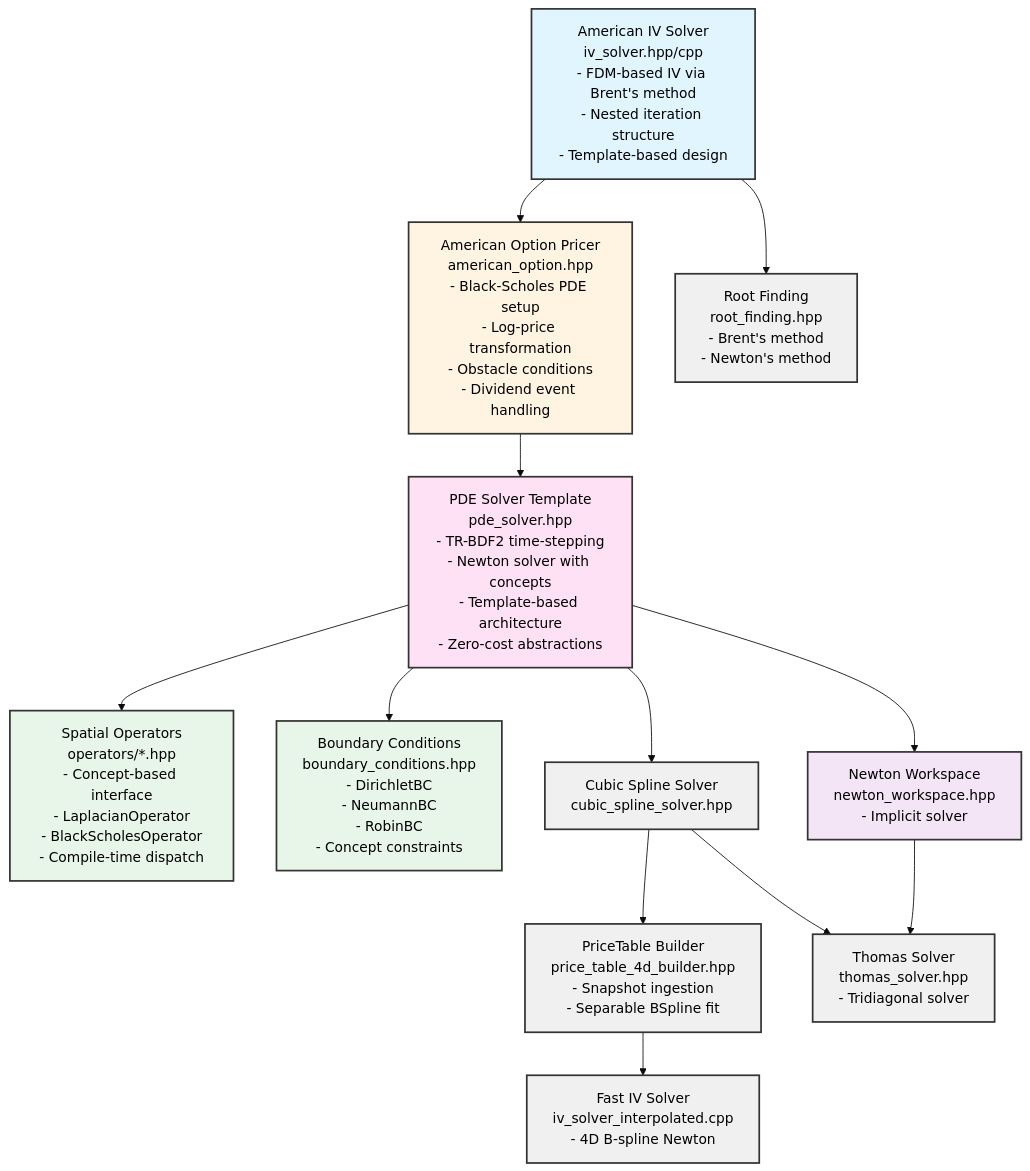
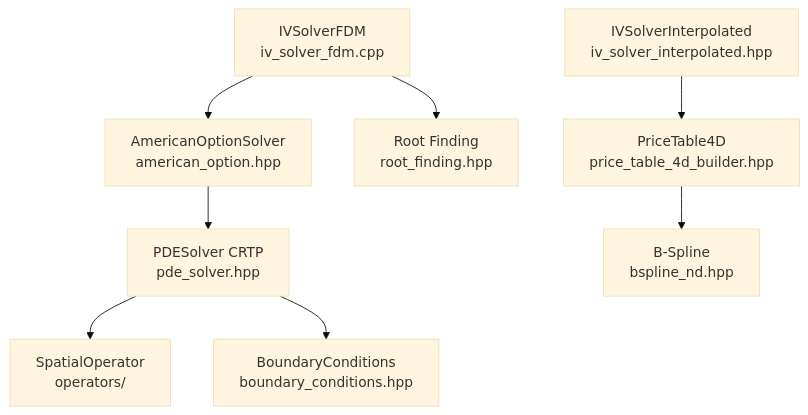
Before and after one commit to accelas/mango-option: the diagram in docs/ARCHITECTURE.md, drawn with Mermaid (base theme). The commit also changed other lines of this file and 12 other files, not shown here.

````diff
--- a/docs/ARCHITECTURE.md
+++ b/docs/ARCHITECTURE.md
@@ -21,46 +25,20 @@
 ```mermaid
 graph TD
-    IV[American IV Solver<br/>iv_solver.hpp/cpp<br/>- FDM-based IV via Brent's method<br/>- Nested iteration structure<br/>- Template-based design]
-
-    AO[American Option Pricer<br/>american_option.hpp<br/>- Black-Scholes PDE setup<br/>- Log-price transformation<br/>- Obstacle conditions<br/>- Dividend event handling]
-
-    PDE[PDE Solver Template<br/>pde_solver.hpp<br/>- TR-BDF2 time-stepping<br/>- Newton solver with concepts<br/>- Template-based architecture<br/>- Zero-cost abstractions]
-
-    OPS[Spatial Operators<br/>operators/*.hpp<br/>- Concept-based interface<br/>- LaplacianOperator<br/>- BlackScholesOperator<br/>- Compile-time dispatch]
-
-    BC[Boundary Conditions<br/>boundary_conditions.hpp<br/>- DirichletBC<br/>- NeumannBC<br/>- RobinBC<br/>- Concept constraints]
-
-    ROOT[Root Finding<br/>root_finding.hpp<br/>- Brent's method<br/>- Newton's method]
-
-    SPLINE[Cubic Spline Solver<br/>cubic_spline_solver.hpp]
-    PTABLE[PriceTable Builder<br/>price_table_4d_builder.hpp<br/>- Snapshot ingestion<br/>- Separable BSpline fit]
-    IVFAST[Fast IV Solver<br/>iv_solver_interpolated.cpp<br/>- 4D B-spline Newton]
-
-    THOMAS[Thomas Solver<br/>thomas_solver.hpp<br/>- Tridiagonal solver]
-
-    NEWTON[Newton Workspace<br/>newton_workspace.hpp<br/>- Implicit solver]
+    IV[IVSolverFDM<br/>iv_solver_fdm.cpp]
+    AO[AmericanOptionSolver<br/>american_option.hpp]
+    PDE[PDESolver CRTP<br/>pde_solver.hpp]
+    OPS[SpatialOperator<br/>operators/]
+    BC[BoundaryConditions<br/>boundary_conditions.hpp]
+    ROOT[Root Finding<br/>root_finding.hpp]
+    SPLINE[B-Spline<br/>bspline_nd.hpp]
+    PTABLE[PriceTable4D<br/>price_table_4d_builder.hpp]
+    IVFAST[IVSolverInterpolated<br/>iv_solver_interpolated.hpp]
 
     IV --> ROOT
     IV --> AO
     AO --> PDE
     PDE --> OPS
     PDE --> BC
-    PDE --> NEWTON
-    PDE --> SPLINE
-    SPLINE --> PTABLE
-    NEWTON --> THOMAS
-    SPLINE --> THOMAS
-    PTABLE --> IVFAST
-
-    style IV fill:#e1f5ff,stroke:#333,stroke-width:2px,color:#000
-    style AO fill:#fff4e1,stroke:#333,stroke-width:2px,color:#000
-    style PDE fill:#ffe1f5,stroke:#333,stroke-width:2px,color:#000
-    style OPS fill:#e8f5e9,stroke:#333,stroke-width:2px,color:#000
-    style BC fill:#e8f5e9,stroke:#333,stroke-width:2px,color:#000
-    style ROOT fill:#f0f0f0,stroke:#333,stroke-width:2px,color:#000
-    style SPLINE fill:#f0f0f0,stroke:#333,stroke-width:2px,color:#000
-    style PTABLE fill:#f0f0f0,stroke:#333,stroke-width:2px,color:#000
-    style IVFAST fill:#f0f0f0,stroke:#333,stroke-width:2px,color:#000
-    style THOMAS fill:#f0f0f0,stroke:#333,stroke-width:2px,color:#000
-    style NEWTON fill:#f3e5f5,stroke:#333,stroke-width:2px,color:#000
+    PTABLE --> SPLINE
+    IVFAST --> PTABLE
 ```
````
